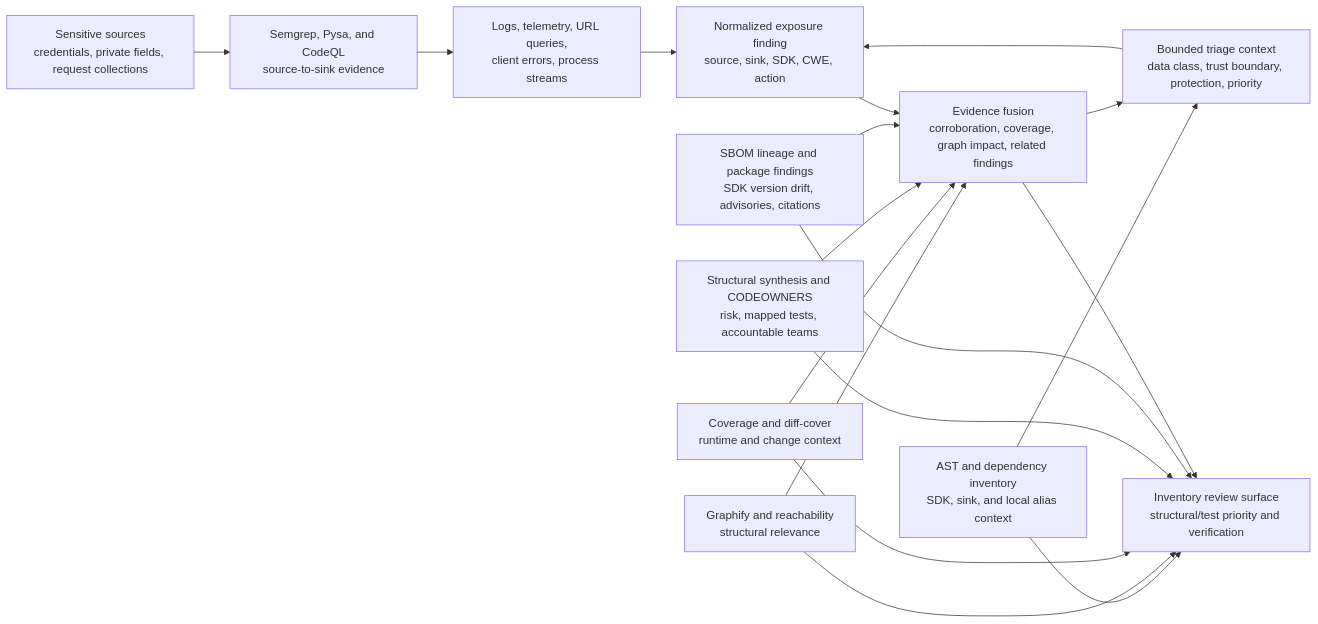
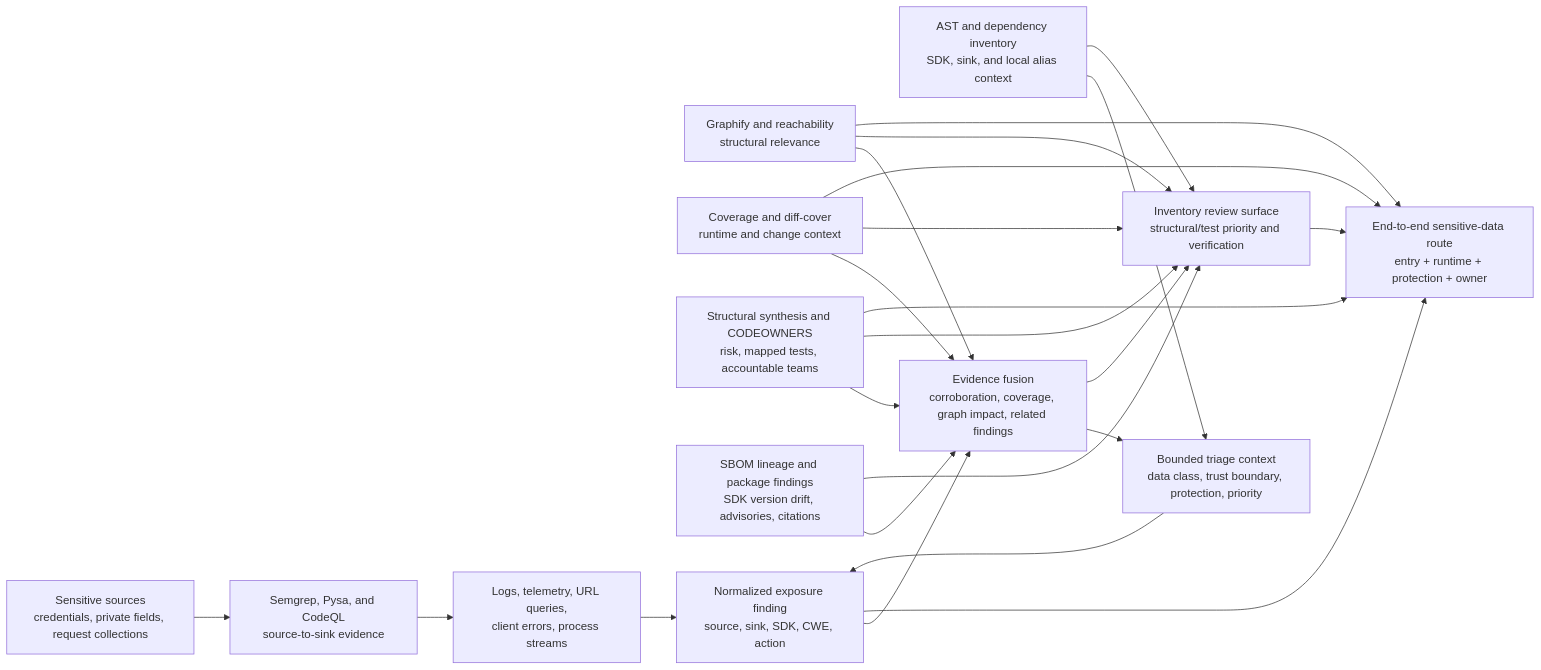
One commit to willtran87/project-py-security-suite changed the diagram in docs/data-exposure.md. Above: the diagram before and after it, drawn with Mermaid. The commit also changed other lines of this file and 12 other files, not shown here.

Commit message:
Correlate route applicability and sensitive data paths

````diff
--- a/docs/data-exposure.md
+++ b/docs/data-exposure.md
@@ -41,29 +41,35 @@
 ```mermaid
 flowchart LR
     Sources["Sensitive sources<br/>credentials, private fields, request collections"]
     Taint["Semgrep, Pysa, and CodeQL<br/>source-to-sink evidence"]
     Sinks["Logs, telemetry, URL queries,<br/>client errors, process streams"]
     SDK["AST and dependency inventory<br/>SDK, sink, and local alias context"]
     Triage["Bounded triage context<br/>data class, trust boundary, protection, priority"]
     Graph["Graphify and reachability<br/>structural relevance"]
     Tests["Coverage and diff-cover<br/>runtime and change context"]
     Structure["Structural synthesis and CODEOWNERS<br/>risk, mapped tests, accountable teams"]
     Supply["SBOM lineage and package findings<br/>SDK version drift, advisories, citations"]
     Fusion["Evidence fusion<br/>corroboration, coverage, graph impact, related findings"]
     Surface["Inventory review surface<br/>structural/test priority and verification"]
     Finding["Normalized exposure finding<br/>source, sink, SDK, CWE, action"]
+    Route["End-to-end sensitive-data route<br/>entry + runtime + protection + owner"]
 
     Sources --> Taint --> Sinks --> Finding
     SDK --> Triage --> Finding
     Graph --> Fusion
     Tests --> Fusion
     Structure --> Fusion
     Supply --> Fusion
     Finding --> Fusion --> Triage
     SDK --> Surface
     Graph --> Surface
     Tests --> Surface
     Structure --> Surface
     Supply --> Surface
     Fusion --> Surface
+    Finding --> Route
+    Surface --> Route
+    Graph --> Route
+    Tests --> Route
+    Structure --> Route
 ```
````
